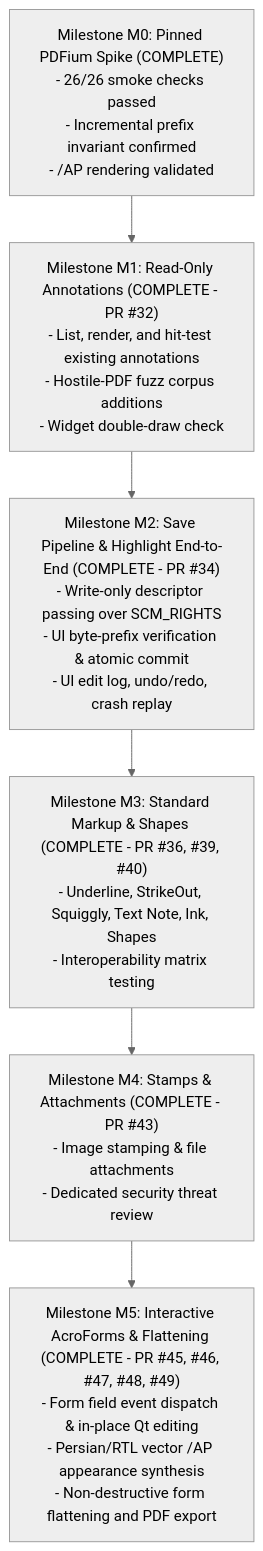
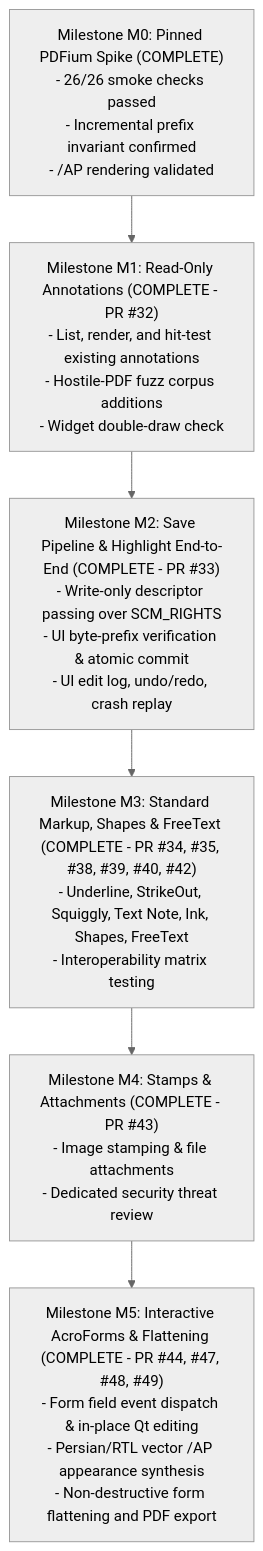
Before and after one commit to greenware63/PDF_Reader_for_Linux: the second of 2 diagrams in project_status_report.md, drawn with Mermaid (neutral theme). The commit also changed other lines of this file and 2 other files, not shown here.

Commit message:
docs: address review feedback on Milestone M5 close-out documentation

````diff
--- a/project_status_report.md
+++ b/project_status_report.md
@@ -153,11 +153,11 @@
 ```mermaid
 flowchart TD
     M0["Milestone M0: Pinned PDFium Spike (COMPLETE)\n- 26/26 smoke checks passed\n- Incremental prefix invariant confirmed\n- /AP rendering validated"]
     M1["Milestone M1: Read-Only Annotations (COMPLETE - PR #32)\n- List, render, and hit-test existing annotations\n- Hostile-PDF fuzz corpus additions\n- Widget double-draw check"]
-    M2["Milestone M2: Save Pipeline & Highlight End-to-End (COMPLETE - PR #34)\n- Write-only descriptor passing over SCM_RIGHTS\n- UI byte-prefix verification & atomic commit\n- UI edit log, undo/redo, crash replay"]
-    M3["Milestone M3: Standard Markup & Shapes (COMPLETE - PR #36, #39, #40)\n- Underline, StrikeOut, Squiggly, Text Note, Ink, Shapes\n- Interoperability matrix testing"]
+    M2["Milestone M2: Save Pipeline & Highlight End-to-End (COMPLETE - PR #33)\n- Write-only descriptor passing over SCM_RIGHTS\n- UI byte-prefix verification & atomic commit\n- UI edit log, undo/redo, crash replay"]
+    M3["Milestone M3: Standard Markup, Shapes & FreeText (COMPLETE - PR #34, #35, #38, #39, #40, #42)\n- Underline, StrikeOut, Squiggly, Text Note, Ink, Shapes, FreeText\n- Interoperability matrix testing"]
     M4["Milestone M4: Stamps & Attachments (COMPLETE - PR #43)\n- Image stamping & file attachments\n- Dedicated security threat review"]
-    M5["Milestone M5: Interactive AcroForms & Flattening (COMPLETE - PR #45, #46, #47, #48, #49)\n- Form field event dispatch & in-place Qt editing\n- Persian/RTL vector /AP appearance synthesis\n- Non-destructive form flattening and PDF export"]
+    M5["Milestone M5: Interactive AcroForms & Flattening (COMPLETE - PR #44, #47, #48, #49)\n- Form field event dispatch & in-place Qt editing\n- Persian/RTL vector /AP appearance synthesis\n- Non-destructive form flattening and PDF export"]
 
     M0 --> M1 --> M2 --> M3 --> M4 --> M5
 ```
````
